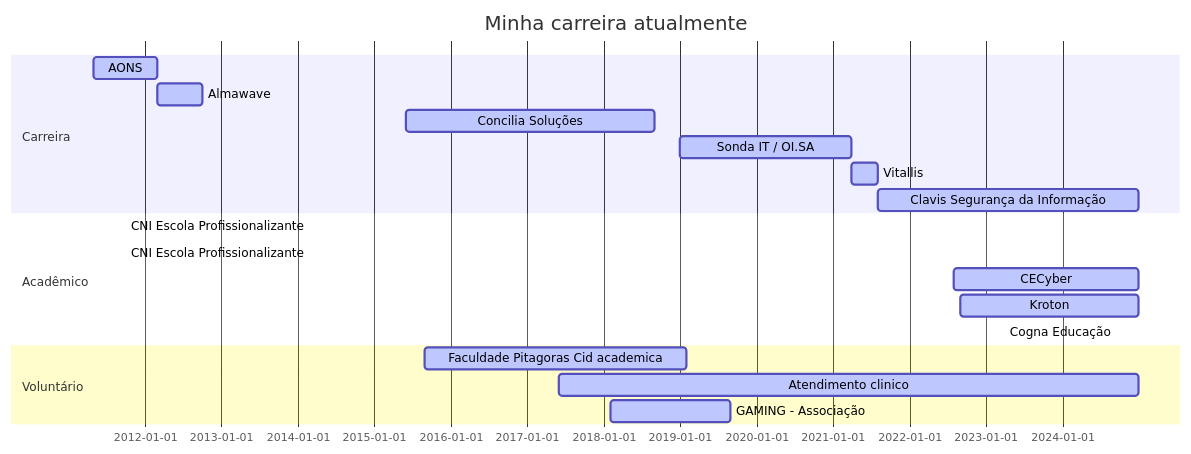
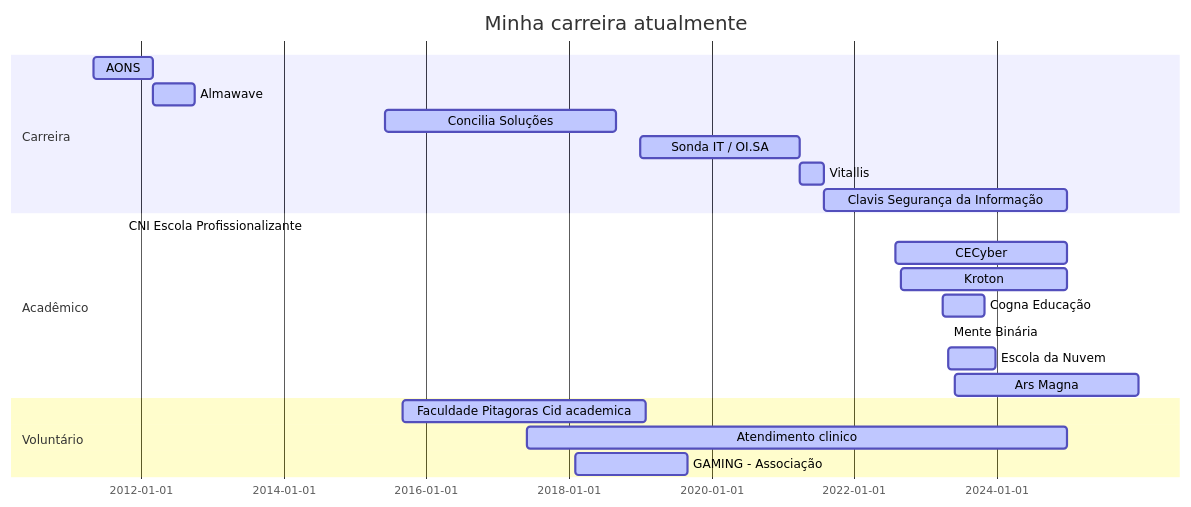
Before and after one commit to Ridd1kulusC0d3r/Ridd1kulusC0d3r: the diagram in README.md, drawn with Mermaid.

````diff
--- a/README.md
+++ b/README.md
@@ -9,26 +9,29 @@
 ```mermaid
 
 gantt
 dateFormat  YYYY-MM-DD
 title Minha carreira atualmente
 
 section Carreira
 AONS           :active,, 2011-05-01,2012-03-01
 Almawave          :active,, 2012-03-01,2012-10-01
 Concilia Soluções       :active,, 2015-06-01,2018-09-01
 Sonda IT / OI.SA           :active,, 2019-01-01,2021-04-01
 Vitallis           :active,, 2021-04-01,2021-08-01
 Clavis Segurança da Informação                :active,, 2021-08-01,2024-12-31
 
 section Acadêmico
-CNI Escola Profissionalizante            :active,, 2011-10-01,2012-02-31
 CNI Escola Profissionalizante :active,, 2011-10-01,2012-02-31
 CECyber :active,, 2022-08-01,2024-12-31
 Kroton              :active,, 2022-09-01,2024-12-31
-Cogna Educação      :active,, 2023-04-01,2023-09-31
+Cogna Educação      :active,, 2023-04-01,2023-10-31
+Mente Binária :active,, 2023-05-01,2023-09-31
+Escola da Nuvem :active,, 2023-05-01,2023-12-31
+Ars Magna :active,, 2023-06-01,2025-12-31
+
 
 section Voluntário
 Faculdade Pitagoras Cid academica :active,, 2015-09-01,2019-01-31
 Atendimento clinico    :active,, 2017-06-01,2024-12-31
 GAMING - Associação :active,, 2018-02-01,2019-08-31
 ```
````
